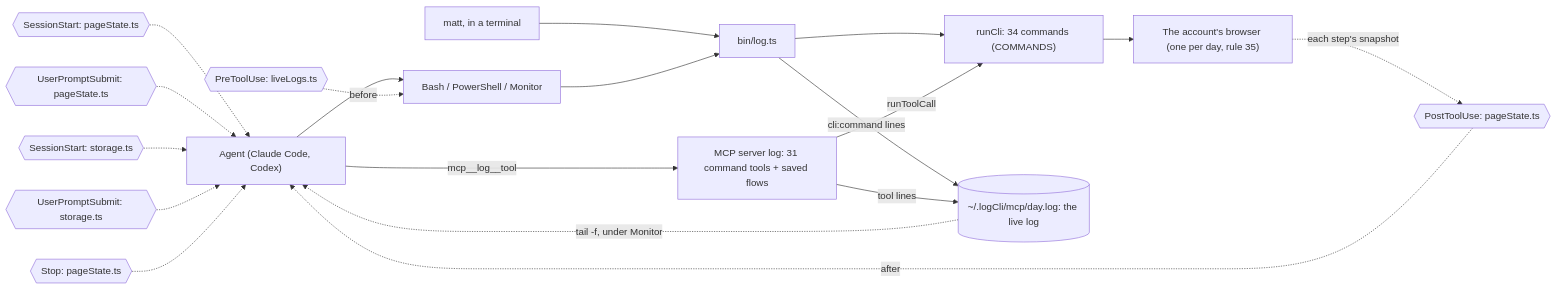
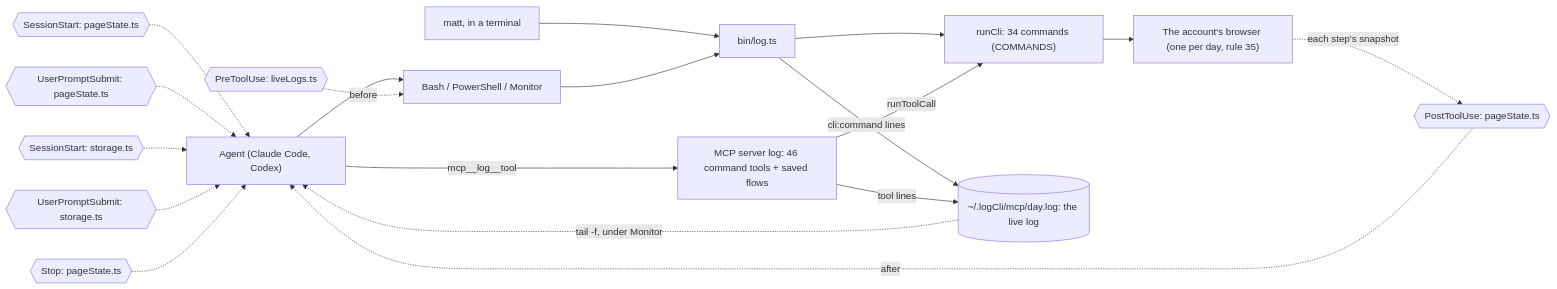
The second of 5 diagrams in README.md (matthewdonsemail-lab/log), drawn with Mermaid before and after one commit. The commit also changed other lines of this file and 32 other files, not shown here.

Commit message:
feat: typed MCP inputs: one flag spec per command, one tool per form with named fields (Duet plan step 1)

````diff
--- a/README.md
+++ b/README.md
@@ -87,29 +87,29 @@
 ```mermaid
 flowchart LR
   agent["Agent (Claude Code, Codex)"]
   matt["matt, in a terminal"]
   shell["Bash / PowerShell / Monitor"]
-  mcp["MCP server log: 31 command tools + saved flows"]
+  mcp["MCP server log: 46 command tools + saved flows"]
   bin["bin/log.ts"]
   runCli["runCli: 34 commands (COMMANDS)"]
   live[("~/.logCli/mcp/day.log: the live log")]
   browser["The account's browser (one per day, rule 35)"]
   agent --> shell
   matt --> bin
   shell --> bin
   agent -->|mcp__log__tool| mcp
   bin --> runCli
   mcp -->|runToolCall| runCli
   runCli --> browser
   bin -->|cli:command lines| live
   mcp -->|tool lines| live
   live -.->|tail -f, under Monitor| agent
   pre0{{"PreToolUse: liveLogs.ts"}} -.->|before| shell
   post0{{"PostToolUse: pageState.ts"}} -.->|after| agent
   turn0{{"SessionStart: pageState.ts"}} -.-> agent
   turn1{{"UserPromptSubmit: pageState.ts"}} -.-> agent
   turn2{{"SessionStart: storage.ts"}} -.-> agent
   turn3{{"UserPromptSubmit: storage.ts"}} -.-> agent
   turn4{{"Stop: pageState.ts"}} -.-> agent
   browser -.->|each step's snapshot| post0
 ```
````
